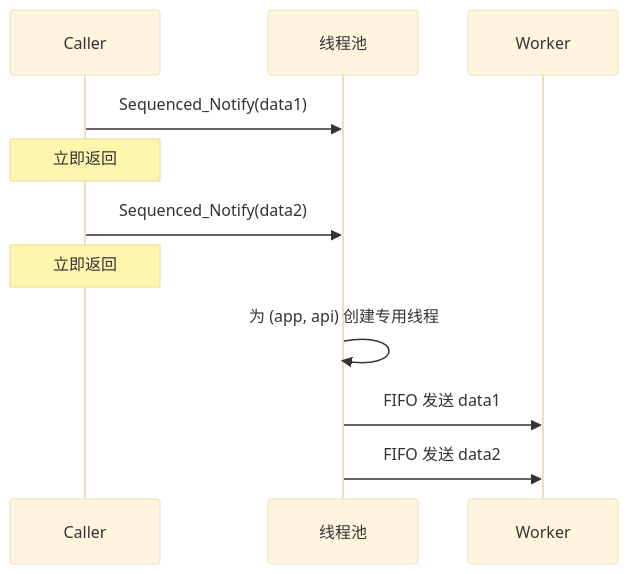
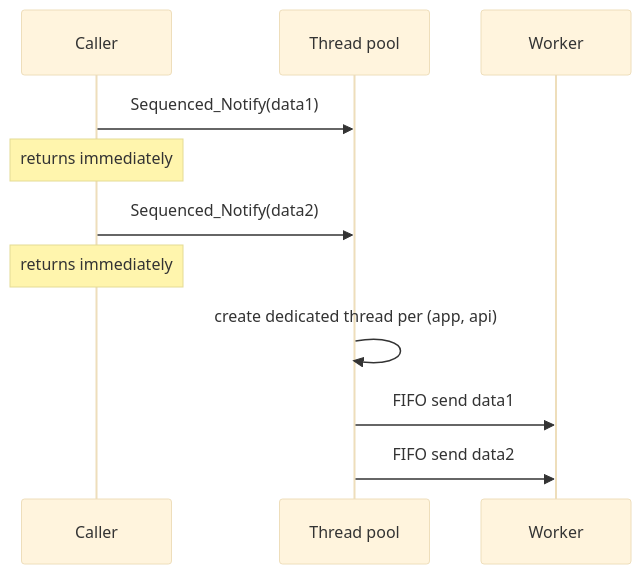
Diagram 12 of 26 in cpp/LingoFuse_Cpp_Knowledge_Base.md (PassByYou888/LingoFuse), drawn with Mermaid (base theme) before and after one commit. The commit also changed other lines of this file, not shown here.

````diff
--- a/cpp/LingoFuse_Cpp_Knowledge_Base.md
+++ b/cpp/LingoFuse_Cpp_Knowledge_Base.md
@@ -365,14 +667,14 @@
 ```mermaid
 sequenceDiagram
     participant C as Caller
-    participant TP as 线程池
+    participant TP as Thread pool
     participant W as Worker
 
     C->>TP: Sequenced_Notify(data1)
-    Note over C: 立即返回
+    Note over C: returns immediately
     C->>TP: Sequenced_Notify(data2)
-    Note over C: 立即返回
-    TP->>TP: 为 (app, api) 创建专用线程
-    TP->>W: FIFO 发送 data1
-    TP->>W: FIFO 发送 data2
+    Note over C: returns immediately
+    TP->>TP: create dedicated thread per (app, api)
+    TP->>W: FIFO send data1
+    TP->>W: FIFO send data2
 ```
````
